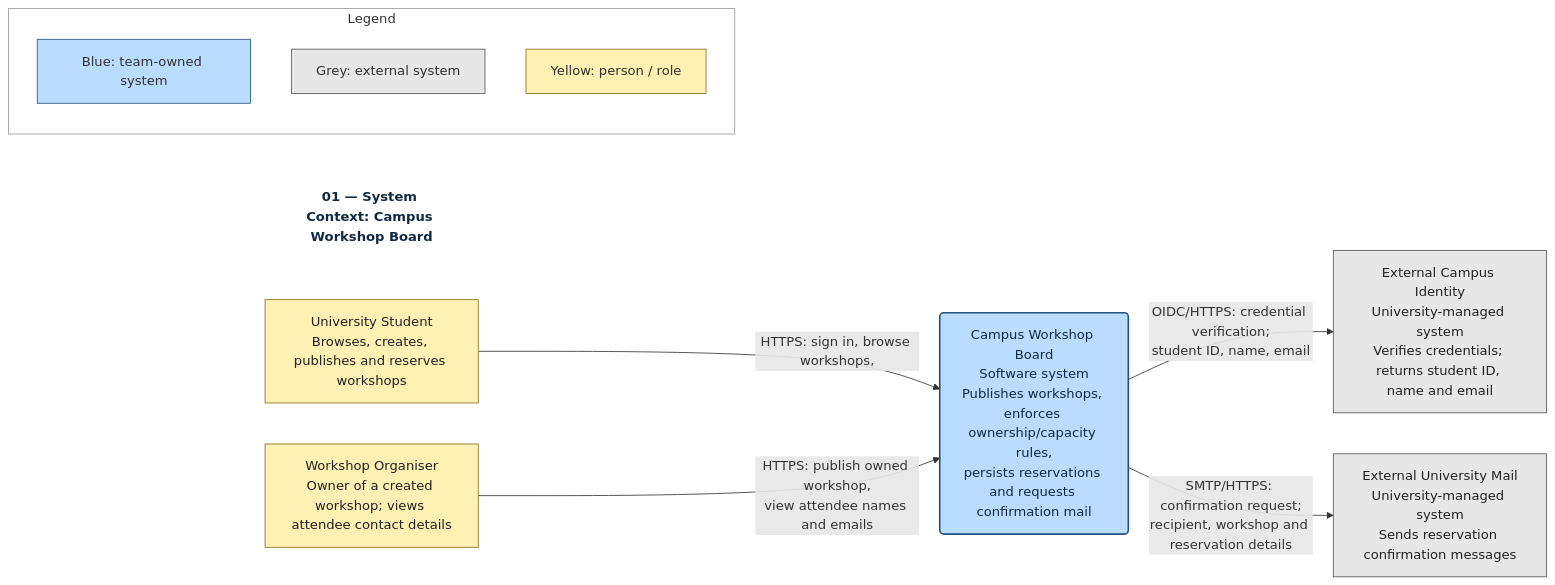
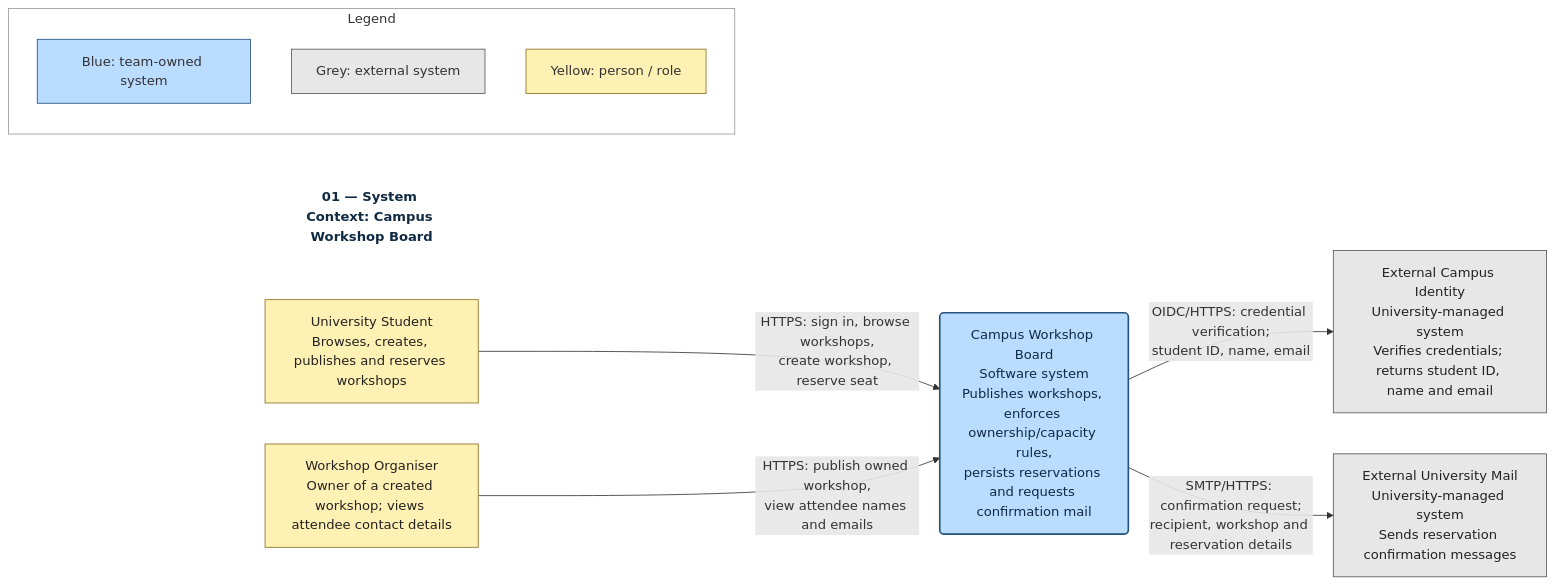
Before and after one commit to fatimatalhosani/ai-1220-labs--fatima-alhosani: the diagram in lab05/diagrams/source/01-context.mmd, drawn with Mermaid. The commit also changed 1 other file, not shown here.

```diff
--- a/lab05/diagrams/source/01-context.mmd
+++ b/lab05/diagrams/source/01-context.mmd
@@ -1,37 +1,37 @@
 flowchart LR
   title["01 — System Context: Campus Workshop Board"]
   student["University Student<br/>Browses, creates, publishes and reserves workshops"]
   organiser["Workshop Organiser<br/>Owner of a created workshop; views attendee contact details"]
   board("Campus Workshop Board<br/>Software system<br/>Publishes workshops, enforces ownership/capacity rules,<br/>persists reservations and requests confirmation mail")
   identity["External Campus Identity<br/>University-managed system<br/>Verifies credentials; returns student ID, name and email"]
   mail["External University Mail<br/>University-managed system<br/>Sends reservation confirmation messages"]
 
-  student -->|HTTPS: sign in, browse workshops,<ncreate workshop, reserve seat| board
+  student -->|HTTPS: sign in, browse workshops,<br/>create workshop, reserve seat| board
   organiser -->|HTTPS: publish owned workshop,
 view attendee names and emails| board
   board -->|OIDC/HTTPS: credential verification;
 student ID, name, email| identity
   board -->|SMTP/HTTPS: confirmation request;
 recipient, workshop and reservation details| mail
 
   subgraph legend[Legend]
     inScope["Blue: team-owned system"]
     external["Grey: external system"]
     person["Yellow: person / role"]
   end
   classDef system fill:#b9dcff,stroke:#24527a,color:#102a43,stroke-width:2px;
   classDef ext fill:#e7e7e7,stroke:#555,color:#222;
   classDef person fill:#fff0b3,stroke:#8a6d1d,color:#222;
   classDef legend fill:#ffffff,stroke:#999,color:#333;
   class board system;
   class identity,mail ext;
   class student,organiser person;
   class title,legend,inScope,external,person legend;
   style title fill:#ffffff,stroke:#ffffff,color:#102a43,font-weight:bold;
   style legend fill:#ffffff,stroke:#999;
   style inScope fill:#b9dcff,stroke:#24527a;
   style external fill:#e7e7e7,stroke:#555;
   style person fill:#fff0b3,stroke:#8a6d1d;
 
   %% Legend markers are explanatory only; all domain relationships are above.
   %% R1-R6 are implemented by the board and its two external integrations.
```
